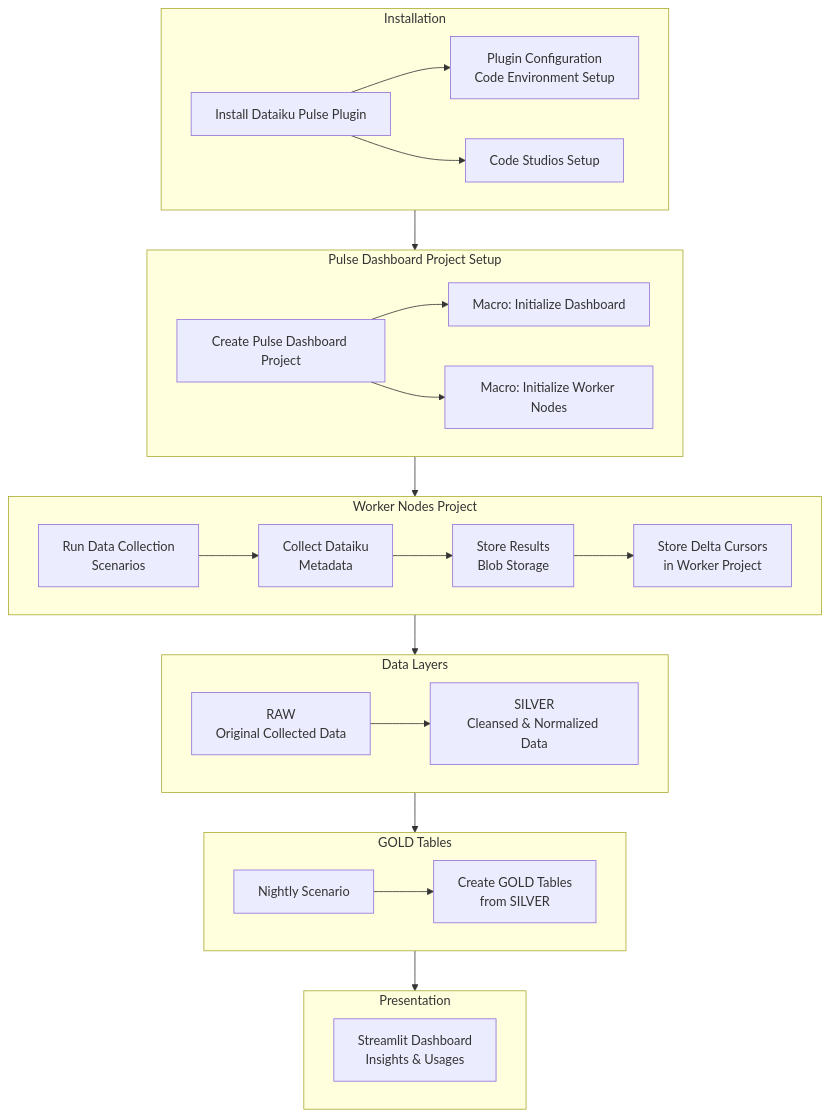
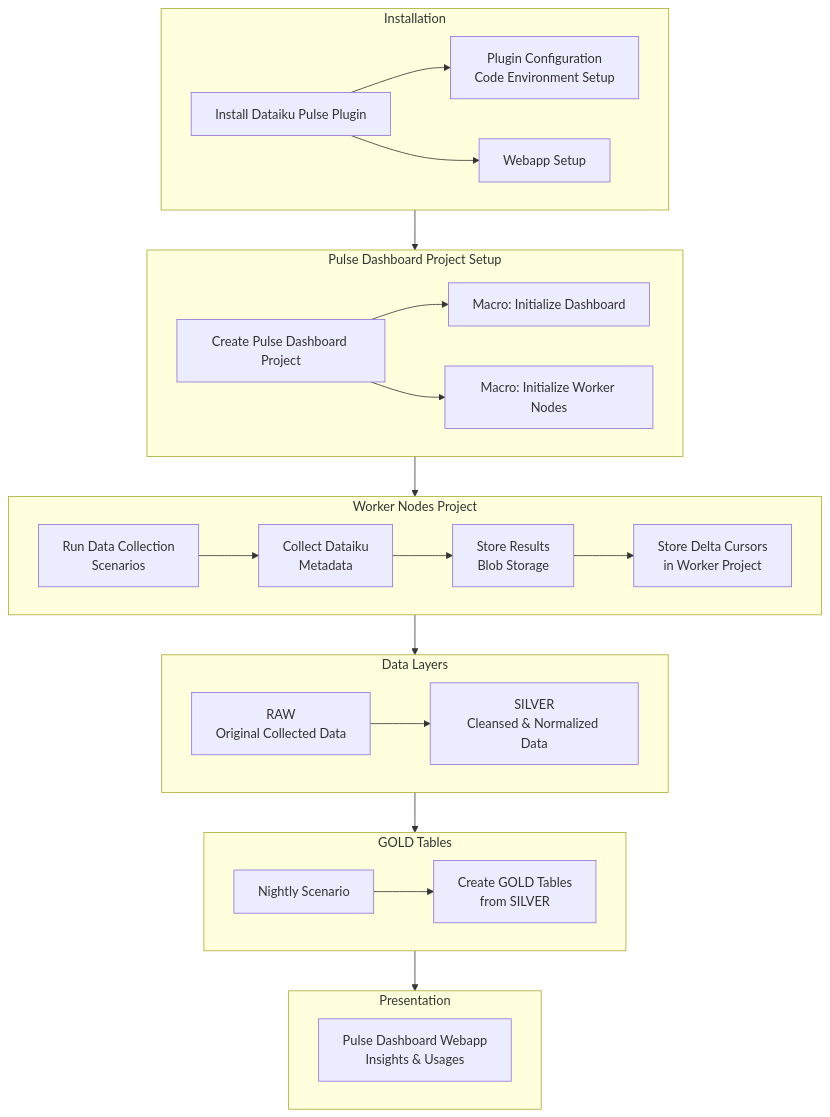
The diagram in docs/infrastructure/pulse_process_flow.md (dataiku/dss-plugin-dataiku-pulse), drawn with Mermaid before and after one commit. The commit also changed 5 other files, not shown here.

````diff
--- a/docs/infrastructure/pulse_process_flow.md
+++ b/docs/infrastructure/pulse_process_flow.md
@@ -3,77 +3,77 @@
 ```mermaid
 
 flowchart TD
 
     %% =========================
     %% Installation
     %% =========================
     subgraph INSTALL[Installation]
         A[Install Dataiku Pulse Plugin]
         A1[Plugin Configuration<br/>Code Environment Setup]
-        A2[Code Studios Setup]
+        A2[Webapp Setup]
 
         A --> A1
         A --> A2
     end
 
     %% =========================
     %% Dashboard Initialization
     %% =========================
     subgraph DASH_INIT[Pulse Dashboard Project Setup]
         B[Create Pulse Dashboard Project]
         B1[Macro: Initialize Dashboard]
         B2[Macro: Initialize Worker Nodes]
 
         B --> B1
         B --> B2
     end
 
     %% =========================
     %% Worker Nodes
     %% =========================
     subgraph WORKER[Worker Nodes Project]
         C1[Run Data Collection<br/>Scenarios]
         C2[Collect Dataiku<br/>Metadata]
         C3[Store Results<br/>Blob Storage]
         C4[Store Delta Cursors<br/>in Worker Project]
 
         C1 --> C2 --> C3 --> C4
     end
 
     %% =========================
     %% Data Layers
     %% =========================
     subgraph STORAGE[Data Layers]
         D1[RAW<br/>Original Collected Data]
         D2[SILVER<br/>Cleansed & Normalized Data]
 
         D1 --> D2
     end
 
     %% =========================
     %% GOLD Creation
     %% =========================
     subgraph GOLD[GOLD Tables]
         E1[Nightly Scenario]
         E2[Create GOLD Tables<br/>from SILVER]
 
         E1 --> E2
     end
 
     %% =========================
-    %% Streamlit Dashboard
+    %% Dashboard Webapp
     %% =========================
-    subgraph STREAMLIT[Presentation]
-        F[Streamlit Dashboard<br/>Insights & Usages]
+    subgraph WEBAPP[Presentation]
+        F[Pulse Dashboard Webapp<br/>Insights & Usages]
     end
 
     %% =========================
     %% Flow Connections
     %% =========================
     INSTALL --> DASH_INIT
     DASH_INIT --> WORKER
     WORKER --> STORAGE
     STORAGE --> GOLD
-    GOLD --> STREAMLIT
+    GOLD --> WEBAPP
 
 ```
````
